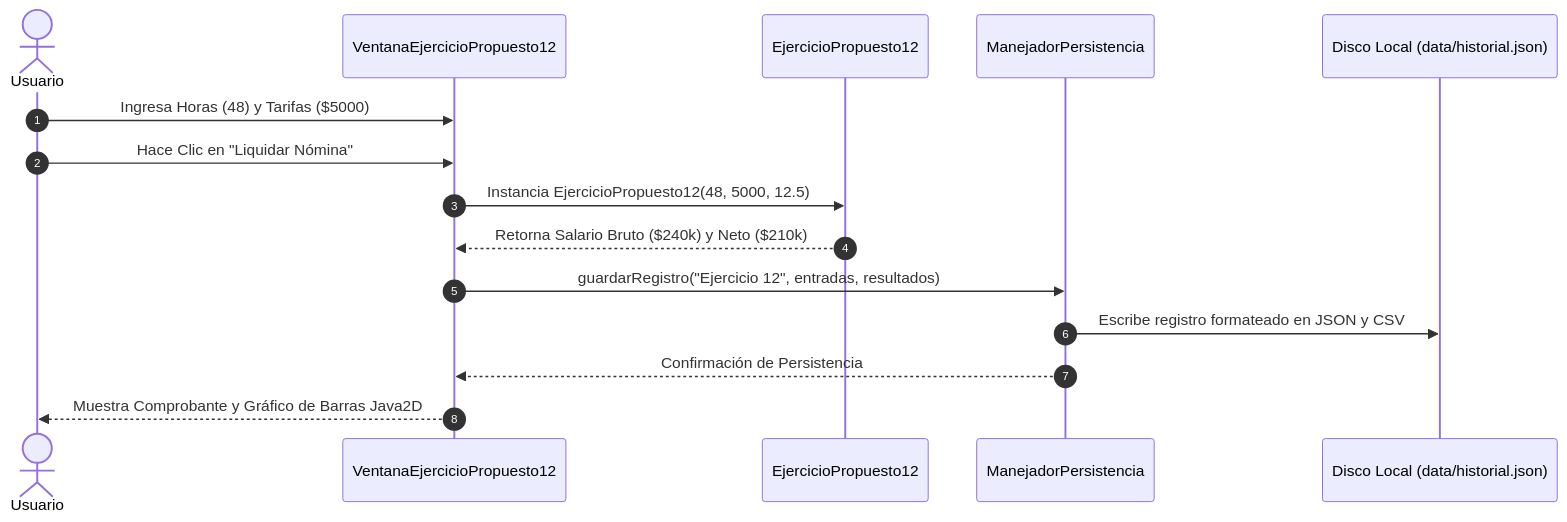
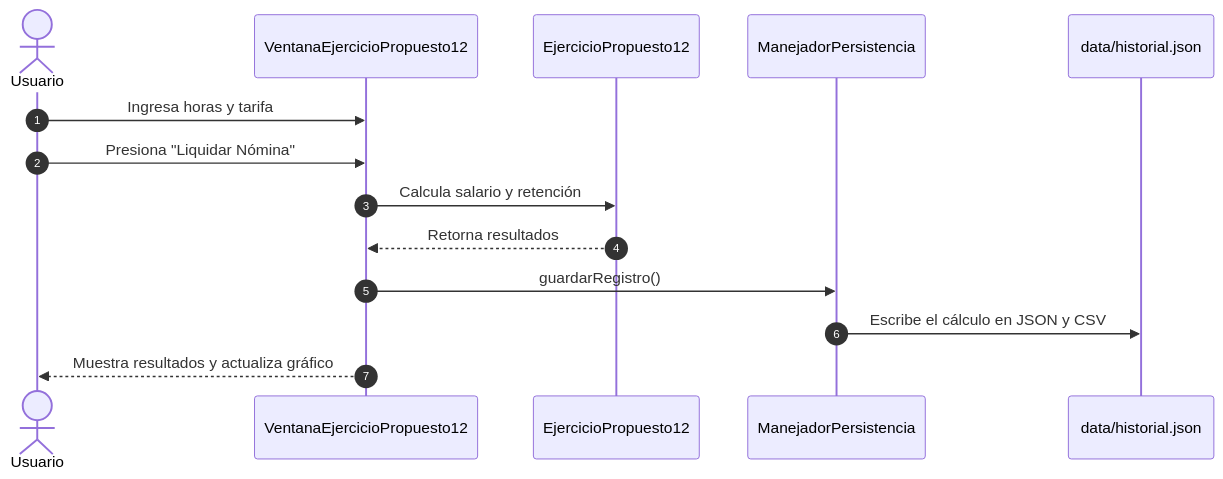
One commit to cioranemil/trabajo-1 changed the second of 2 diagrams in README.md. Above: the diagram before and after it, drawn with Mermaid. The commit also changed other lines of this file and 19 other files, not shown here.

````diff
--- a/README.md
+++ b/README.md
@@ -102,18 +101,17 @@
 ```mermaid
 sequenceDiagram
     autonumber
     actor Usuario
     participant GUI as VentanaEjercicioPropuesto12
-    participant Controller as EjercicioPropuesto12
-    participant Persistencia as ManejadorPersistencia
-    participant Disk as Disco Local (data/historial.json)
+    participant Logica as EjercicioPropuesto12
+    participant DB as ManejadorPersistencia
+    participant Archivo as data/historial.json
 
-    Usuario->>GUI: Ingresa Horas (48) y Tarifas ($5000)
-    Usuario->>GUI: Hace Clic en "Liquidar Nómina"
-    GUI->>Controller: Instancia EjercicioPropuesto12(48, 5000, 12.5)
-    Controller-->>GUI: Retorna Salario Bruto ($240k) y Neto ($210k)
-    GUI->>Persistencia: guardarRegistro("Ejercicio 12", entradas, resultados)
-    Persistencia->>Disk: Escribe registro formateado en JSON y CSV
-    Persistencia-->>GUI: Confirmación de Persistencia
-    GUI-->>Usuario: Muestra Comprobante y Gráfico de Barras Java2D
+    Usuario->>GUI: Ingresa horas y tarifa
+    Usuario->>GUI: Presiona "Liquidar Nómina"
+    GUI->>Logica: Calcula salario y retención
+    Logica-->>GUI: Retorna resultados
+    GUI->>DB: guardarRegistro()
+    DB->>Archivo: Escribe el cálculo en JSON y CSV
+    GUI-->>Usuario: Muestra resultados y actualiza gráfico
 ```
````
